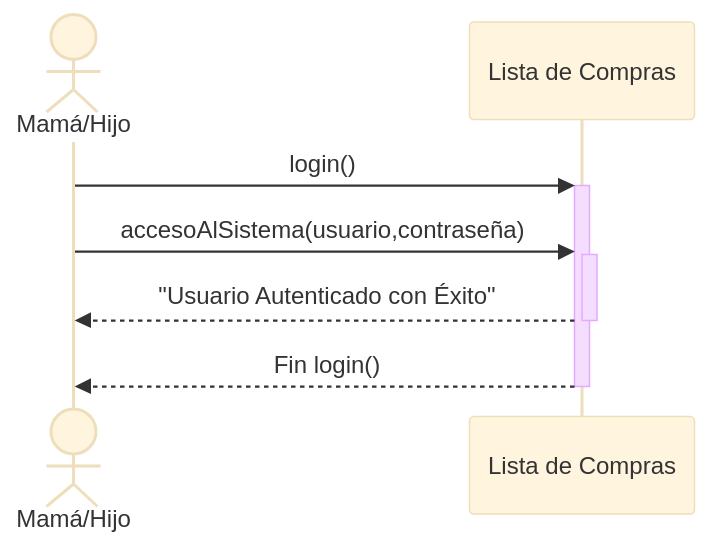
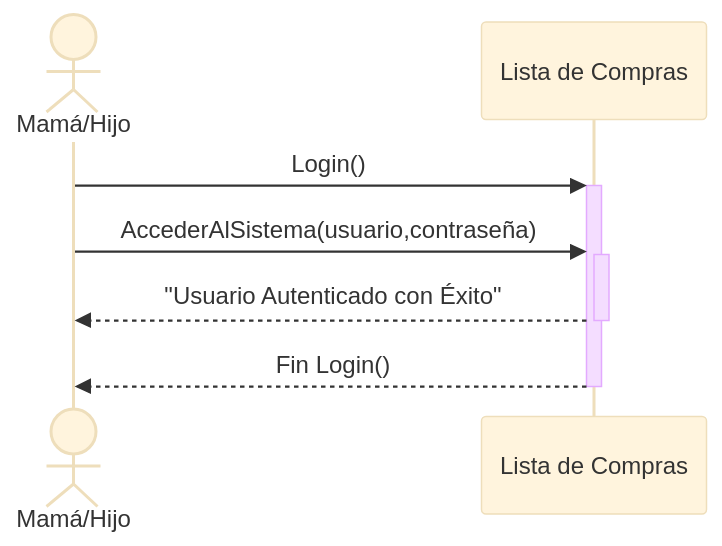
Before and after one commit to LocoUnPocoNadaMas/Lista-Compras: the fourth of 11 diagrams in README.md, drawn with Mermaid (base theme). The commit also changed other lines of this file, not shown here.

````diff
--- a/README.md
+++ b/README.md
@@ -617,8 +624,8 @@
 ```mermaid
 sequenceDiagram
     Actor A as Mamá/Hijo
-    A->>+Lista de Compras: login()
-    A->>+Lista de Compras: accesoAlSistema(usuario,contraseña)
+    A->>+Lista de Compras: Login()
+    A->>+Lista de Compras: AccederAlSistema(usuario,contraseña)
     Lista de Compras-->>-A: "Usuario Autenticado con Éxito"
-    Lista de Compras-->>-A: Fin login()
+    Lista de Compras-->>-A: Fin Login()
 ```
````
